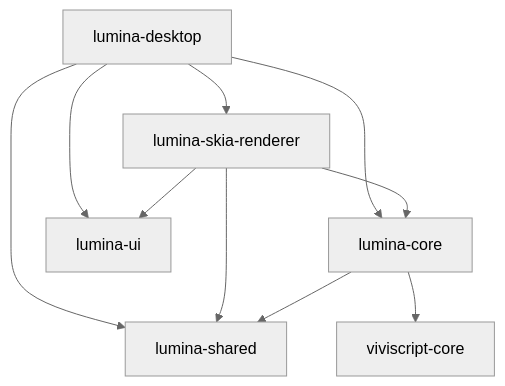
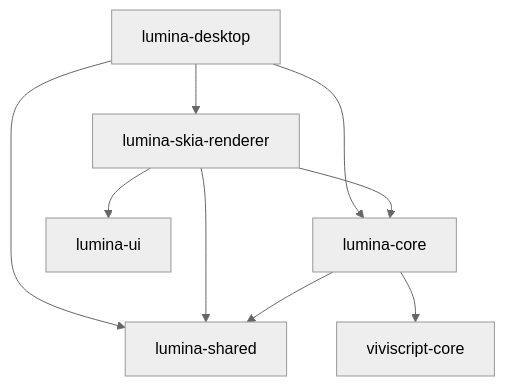
Before and after one commit to LuminaTale/Docs: the diagram in src/dev/architecture.md, drawn with Mermaid (neutral theme).

Commit message:
:pencil: Correct dependency errors

````diff
--- a/src/dev/architecture.md
+++ b/src/dev/architecture.md
@@ -7,14 +7,13 @@
 ```mermaid
 graph TD
     Desktop[lumina-desktop] --> Shared[lumina-shared]
     Desktop --> Core[lumina-core]
     Desktop --> Renderer[lumina-skia-renderer]
-    Desktop --> UI[lumina-ui]
     
     Renderer --> Core
-    Renderer --> UI
+    Renderer --> UI[lumina-ui]
     Renderer --> Shared
     
     Core --> VVS[viviscript-core]
     Core --> Shared
 ```
````
